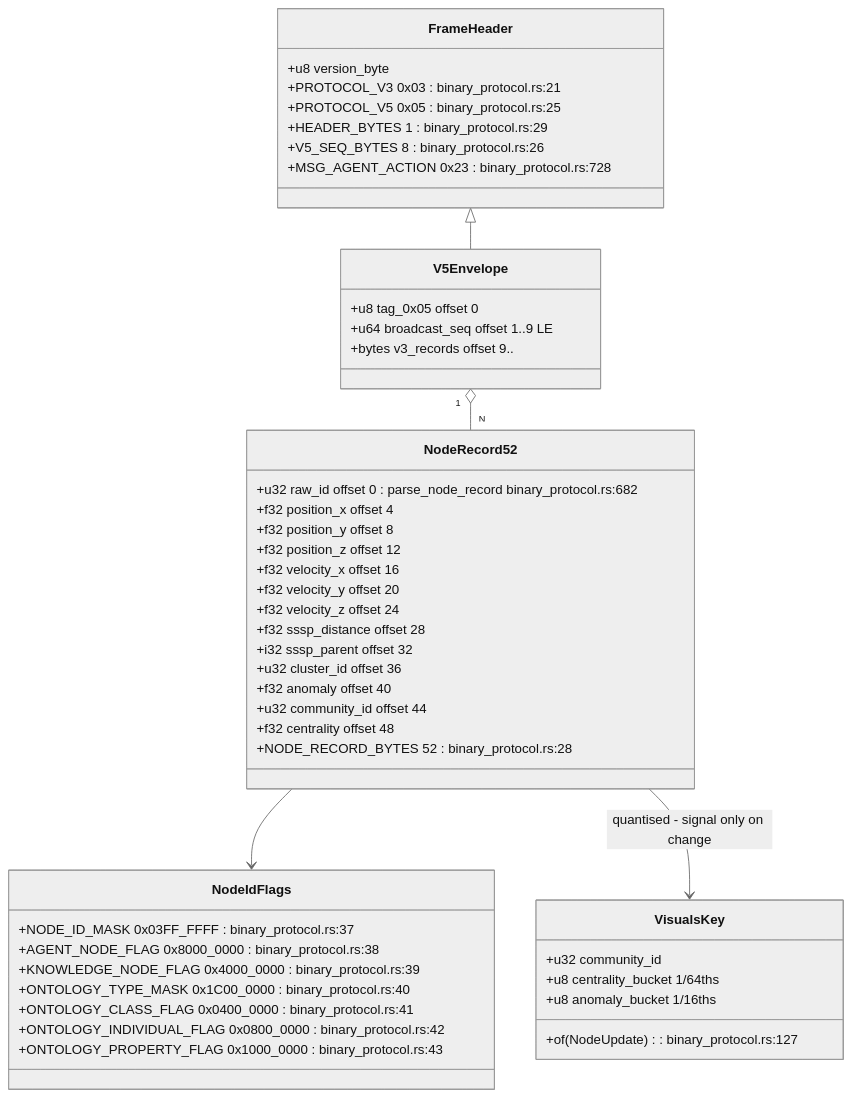
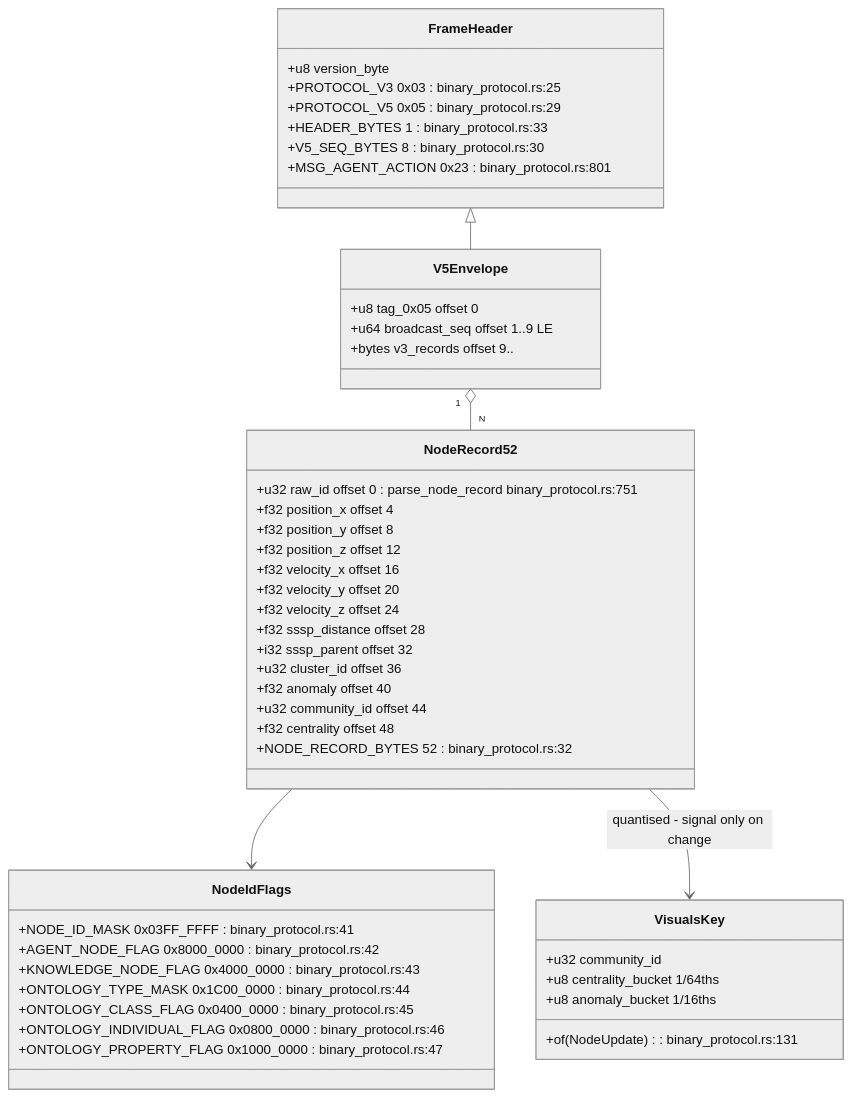
The fifth of 26 diagrams in docs/diagrams/visionclaw/36-godot-xr-client.md (DreamLab-AI/VisionFlow), drawn with Mermaid (neutral theme) before and after one commit. The commit also changed other lines of this file and 26 other files, not shown here.

First line of the commit message:
docs(diagrams): re-verify solid-pod-rs, nostr-rust-forum and visionclaw 22/36 against HEAD

````diff
--- a/docs/diagrams/visionclaw/36-godot-xr-client.md
+++ b/docs/diagrams/visionclaw/36-godot-xr-client.md
@@ -237,51 +256,51 @@
 ```mermaid
 classDiagram
     class FrameHeader {
         +u8 version_byte
-        +PROTOCOL_V3 0x03 : binary_protocol.rs:21
-        +PROTOCOL_V5 0x05 : binary_protocol.rs:25
-        +HEADER_BYTES 1 : binary_protocol.rs:29
-        +V5_SEQ_BYTES 8 : binary_protocol.rs:26
-        +MSG_AGENT_ACTION 0x23 : binary_protocol.rs:728
+        +PROTOCOL_V3 0x03 : binary_protocol.rs:25
+        +PROTOCOL_V5 0x05 : binary_protocol.rs:29
+        +HEADER_BYTES 1 : binary_protocol.rs:33
+        +V5_SEQ_BYTES 8 : binary_protocol.rs:30
+        +MSG_AGENT_ACTION 0x23 : binary_protocol.rs:801
     }
     class V5Envelope {
         +u8 tag_0x05 offset 0
         +u64 broadcast_seq offset 1..9 LE
         +bytes v3_records offset 9..
     }
     class NodeRecord52 {
-        +u32 raw_id offset 0 : parse_node_record binary_protocol.rs:682
+        +u32 raw_id offset 0 : parse_node_record binary_protocol.rs:751
         +f32 position_x offset 4
         +f32 position_y offset 8
         +f32 position_z offset 12
         +f32 velocity_x offset 16
         +f32 velocity_y offset 20
         +f32 velocity_z offset 24
         +f32 sssp_distance offset 28
         +i32 sssp_parent offset 32
         +u32 cluster_id offset 36
         +f32 anomaly offset 40
         +u32 community_id offset 44
         +f32 centrality offset 48
-        +NODE_RECORD_BYTES 52 : binary_protocol.rs:28
+        +NODE_RECORD_BYTES 52 : binary_protocol.rs:32
     }
     class NodeIdFlags {
-        +NODE_ID_MASK 0x03FF_FFFF : binary_protocol.rs:37
-        +AGENT_NODE_FLAG 0x8000_0000 : binary_protocol.rs:38
-        +KNOWLEDGE_NODE_FLAG 0x4000_0000 : binary_protocol.rs:39
-        +ONTOLOGY_TYPE_MASK 0x1C00_0000 : binary_protocol.rs:40
-        +ONTOLOGY_CLASS_FLAG 0x0400_0000 : binary_protocol.rs:41
-        +ONTOLOGY_INDIVIDUAL_FLAG 0x0800_0000 : binary_protocol.rs:42
-        +ONTOLOGY_PROPERTY_FLAG 0x1000_0000 : binary_protocol.rs:43
+        +NODE_ID_MASK 0x03FF_FFFF : binary_protocol.rs:41
+        +AGENT_NODE_FLAG 0x8000_0000 : binary_protocol.rs:42
+        +KNOWLEDGE_NODE_FLAG 0x4000_0000 : binary_protocol.rs:43
+        +ONTOLOGY_TYPE_MASK 0x1C00_0000 : binary_protocol.rs:44
+        +ONTOLOGY_CLASS_FLAG 0x0400_0000 : binary_protocol.rs:45
+        +ONTOLOGY_INDIVIDUAL_FLAG 0x0800_0000 : binary_protocol.rs:46
+        +ONTOLOGY_PROPERTY_FLAG 0x1000_0000 : binary_protocol.rs:47
     }
     class VisualsKey {
         +u32 community_id
         +u8 centrality_bucket 1/64ths
         +u8 anomaly_bucket 1/16ths
-        +of(NodeUpdate) : binary_protocol.rs:127
+        +of(NodeUpdate) : binary_protocol.rs:131
     }
     V5Envelope "1" o-- "N" NodeRecord52
     NodeRecord52 --> NodeIdFlags
     NodeRecord52 --> VisualsKey : quantised - signal only on change
     FrameHeader <|-- V5Envelope
 ```
````
